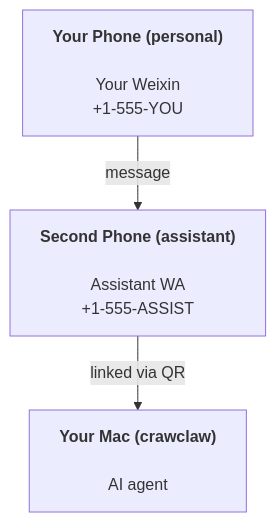
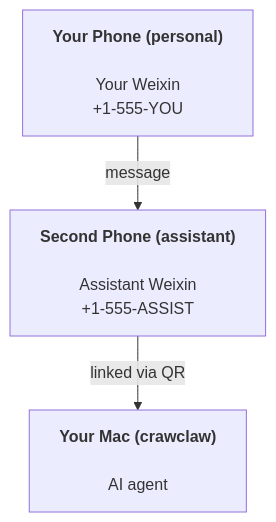
Before and after one commit to qianleigood/crawclaw: the diagram in docs/start/crawclaw.md, drawn with Mermaid. The commit also changed other lines of this file and 5 other files, not shown here.

````diff
--- a/docs/start/crawclaw.md
+++ b/docs/start/crawclaw.md
@@ -36,5 +36,5 @@
 ```mermaid
 flowchart TB
-    A["<b>Your Phone (personal)<br></b><br>Your Weixin<br>+1-555-YOU"] -- message --> B["<b>Second Phone (assistant)<br></b><br>Assistant WA<br>+1-555-ASSIST"]
+    A["<b>Your Phone (personal)<br></b><br>Your Weixin<br>+1-555-YOU"] -- message --> B["<b>Second Phone (assistant)<br></b><br>Assistant Weixin<br>+1-555-ASSIST"]
     B -- linked via QR --> C["<b>Your Mac (crawclaw)<br></b><br>AI agent"]
 ```
````
